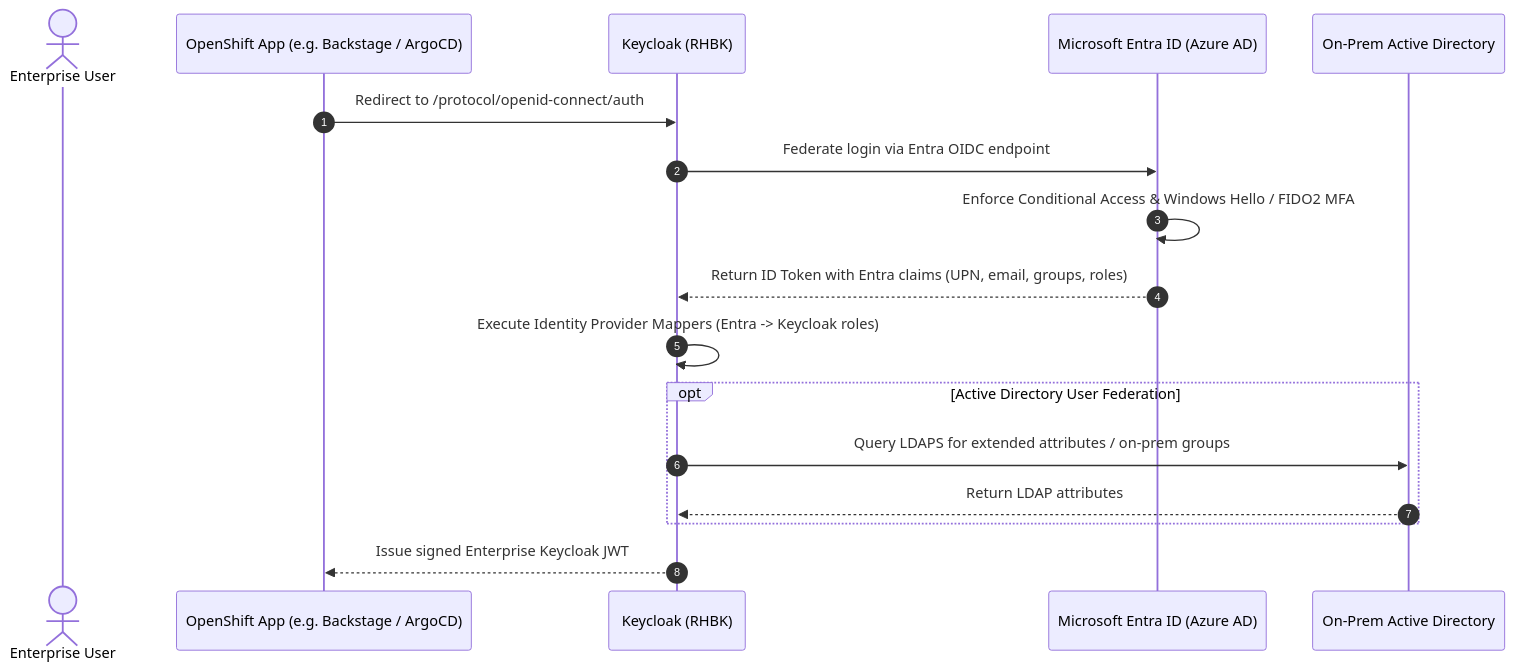
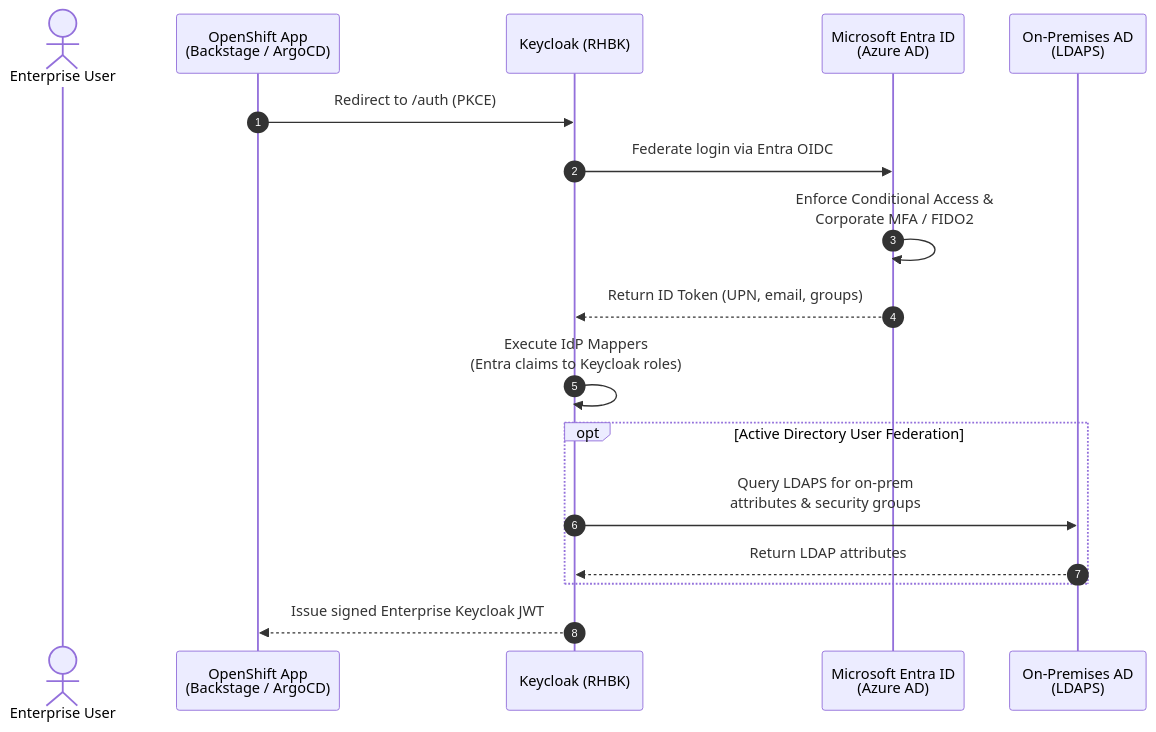
One commit to nubenetes/keycloak-openshift-2026 changed the diagram in docs/ENTRA_AD_FEDERATION_GUIDE.md. Above: the diagram before and after it, drawn with Mermaid. The commit also changed 11 other files, not shown here.

Commit message:
fix(docs): optimize Mermaid architecture and sequence diagrams with text-wrapped node labels and improved layout

````diff
--- a/docs/ENTRA_AD_FEDERATION_GUIDE.md
+++ b/docs/ENTRA_AD_FEDERATION_GUIDE.md
@@ -23,20 +23,20 @@
 ```mermaid
 sequenceDiagram
     autonumber
     actor Employee as Enterprise User
-    participant App as OpenShift App (e.g. Backstage / ArgoCD)
+    participant App as OpenShift App<br/>(Backstage / ArgoCD)
     participant KC as Keycloak (RHBK)
-    participant Entra as Microsoft Entra ID (Azure AD)
-    participant AD as On-Prem Active Directory
+    participant Entra as Microsoft Entra ID<br/>(Azure AD)
+    participant AD as On-Premises AD<br/>(LDAPS)
 
-    App->>KC: Redirect to /protocol/openid-connect/auth
-    KC->>Entra: Federate login via Entra OIDC endpoint
-    Entra->>Entra: Enforce Conditional Access & Windows Hello / FIDO2 MFA
-    Entra-->>KC: Return ID Token with Entra claims (UPN, email, groups, roles)
-    KC->>KC: Execute Identity Provider Mappers (Entra -> Keycloak roles)
+    App->>KC: Redirect to /auth (PKCE)
+    KC->>Entra: Federate login via Entra OIDC
+    Entra->>Entra: Enforce Conditional Access &<br/>Corporate MFA / FIDO2
+    Entra-->>KC: Return ID Token (UPN, email, groups)
+    KC->>KC: Execute IdP Mappers<br/>(Entra claims to Keycloak roles)
     opt Active Directory User Federation
-        KC->>AD: Query LDAPS for extended attributes / on-prem groups
+        KC->>AD: Query LDAPS for on-prem<br/>attributes & security groups
         AD-->>KC: Return LDAP attributes
     end
     KC-->>App: Issue signed Enterprise Keycloak JWT
 ```
````
